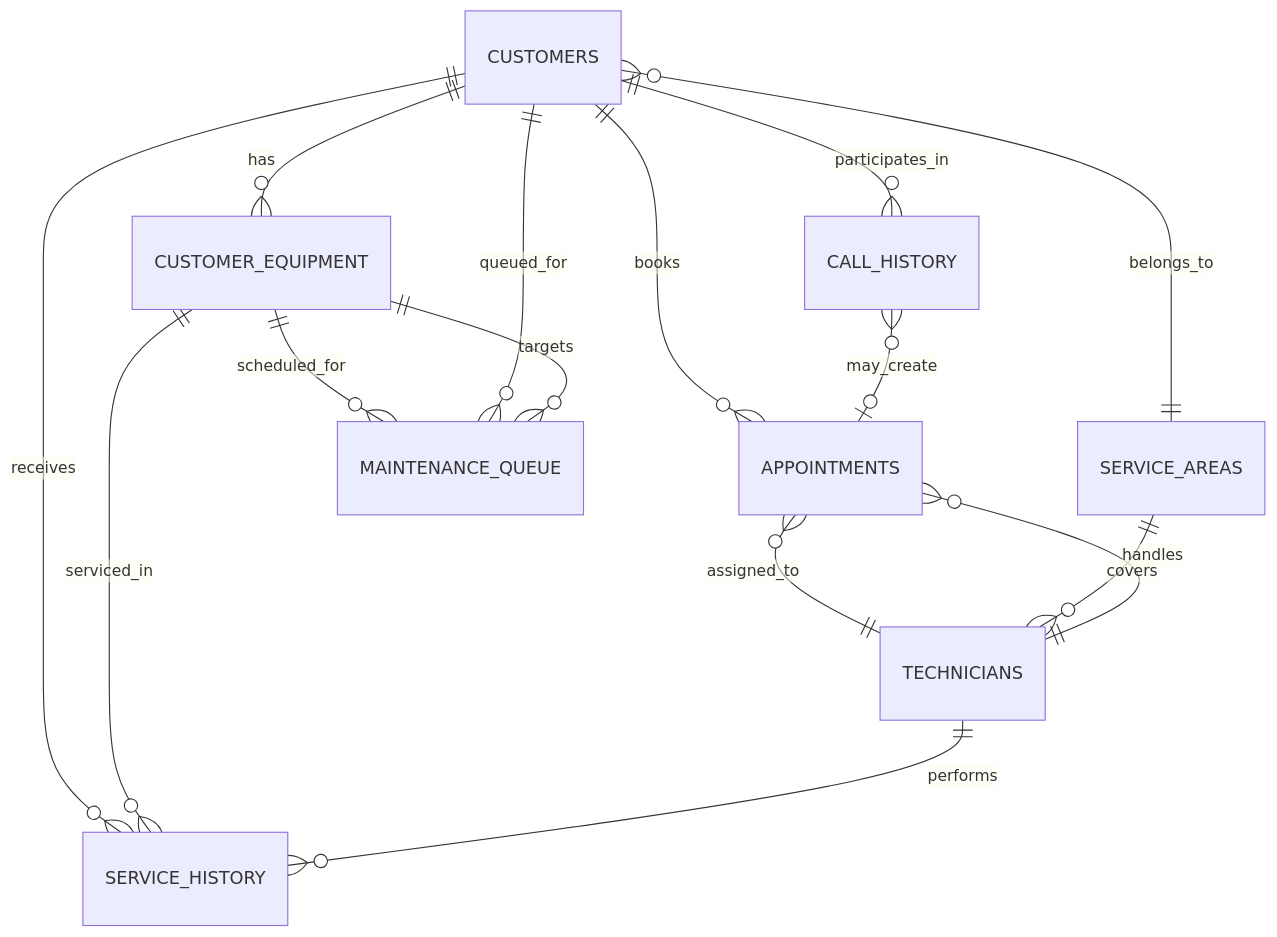
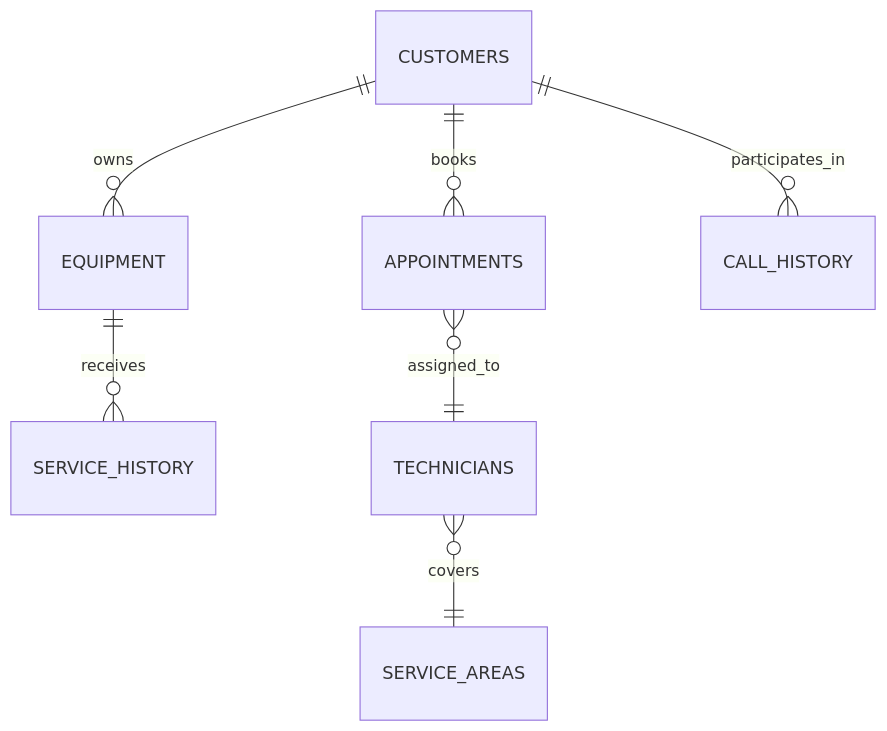
The second of 2 diagrams in BUSINESS_PROCESS.md (vinesh178/customer-service-agent), drawn with Mermaid before and after one commit. The commit also changed other lines of this file, not shown here.

````diff
--- a/BUSINESS_PROCESS.md
+++ b/BUSINESS_PROCESS.md
@@ -219,21 +73,9 @@
 ```mermaid
 erDiagram
-    CUSTOMERS ||--o{ CUSTOMER_EQUIPMENT : has
-    CUSTOMERS ||--o{ SERVICE_HISTORY : receives
+    CUSTOMERS ||--o{ EQUIPMENT : owns
+    CUSTOMERS ||--o{ APPOINTMENTS : books
     CUSTOMERS ||--o{ CALL_HISTORY : participates_in
-    CUSTOMERS ||--o{ APPOINTMENTS : books
-    CUSTOMERS }o--|| SERVICE_AREAS : belongs_to
-    
-    CUSTOMER_EQUIPMENT ||--o{ SERVICE_HISTORY : serviced_in
-    CUSTOMER_EQUIPMENT ||--o{ MAINTENANCE_QUEUE : scheduled_for
-    
+    EQUIPMENT ||--o{ SERVICE_HISTORY : receives
     APPOINTMENTS }o--|| TECHNICIANS : assigned_to
-    CALL_HISTORY }o--o| APPOINTMENTS : may_create
-    
-    SERVICE_AREAS ||--o{ TECHNICIANS : covers
-    TECHNICIANS ||--o{ SERVICE_HISTORY : performs
-    TECHNICIANS ||--o{ APPOINTMENTS : handles
-    
-    MAINTENANCE_QUEUE }o--|| CUSTOMERS : queued_for
-    MAINTENANCE_QUEUE }o--|| CUSTOMER_EQUIPMENT : targets
+    TECHNICIANS }o--|| SERVICE_AREAS : covers
 ```
````
